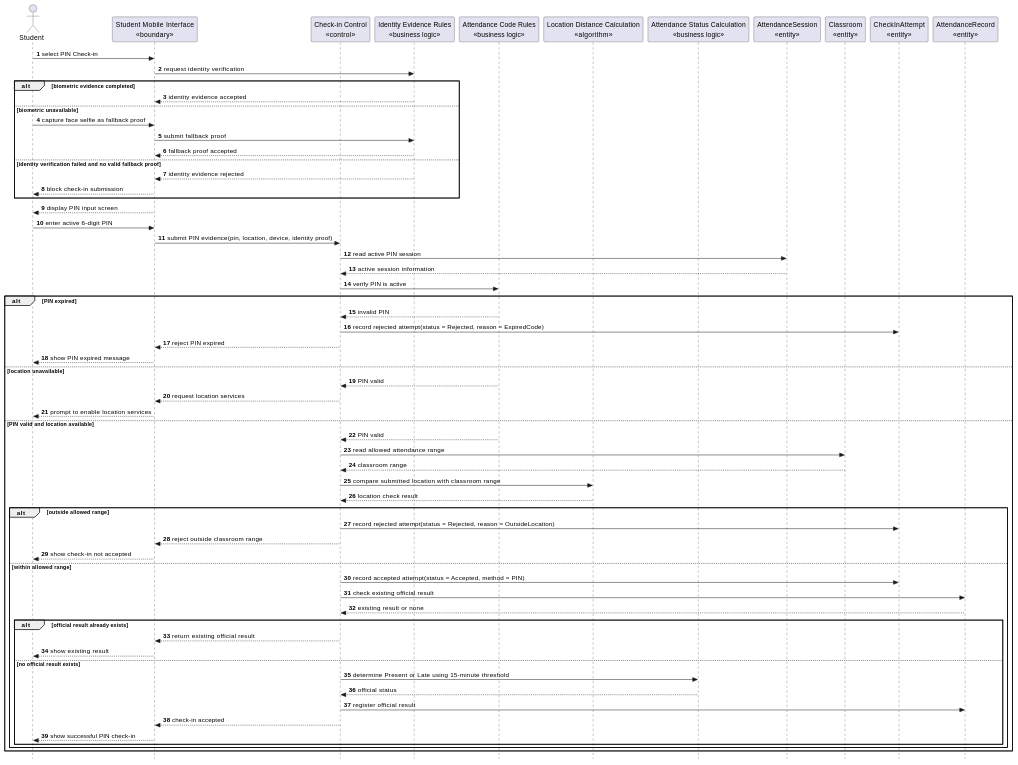
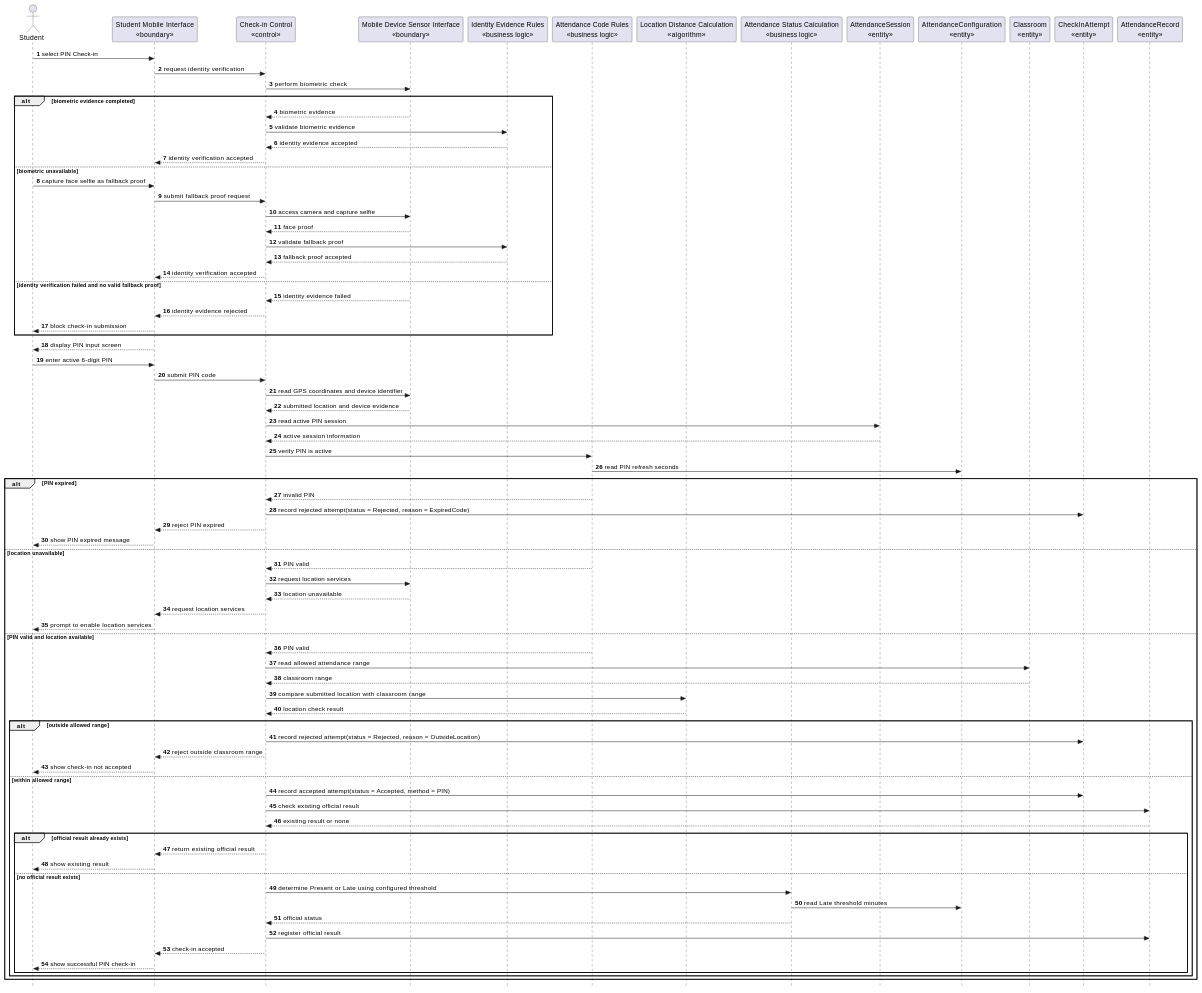
One commit to nttung42/SWD392 changed the tenth of 26 diagrams in docs/sds/2_Analysis.md. Above: the diagram before and after it, drawn with PlantUML. The commit also changed other lines of this file, not shown here.

Commit message:
tmp Contextual boundary class diagram

```diff
--- a/docs/sds/2_Analysis.md
+++ b/docs/sds/2_Analysis.md
@@ -486,35 +662,49 @@
 actor "Student" as Student
 participant "Student Mobile Interface\n«boundary»" as StudentUI
 participant "Check-in Control\n«control»" as CheckInControl
+participant "Mobile Device Sensor Interface\n«boundary»" as MobileSensor
 participant "Identity Evidence Rules\n«business logic»" as IdentityRules
 participant "Attendance Code Rules\n«business logic»" as CodeRules
 participant "Location Distance Calculation\n«algorithm»" as DistanceCalc
 participant "Attendance Status Calculation\n«business logic»" as StatusRules
 participant "AttendanceSession\n«entity»" as AttendanceSession
+participant "AttendanceConfiguration\n«entity»" as AttendanceConfig
 participant "Classroom\n«entity»" as Classroom
 participant "CheckInAttempt\n«entity»" as CheckInAttempt
 participant "AttendanceRecord\n«entity»" as AttendanceRecord
 
 Student -> StudentUI : select PIN Check-in
-StudentUI -> IdentityRules : request identity verification
+StudentUI -> CheckInControl : request identity verification
+CheckInControl -> MobileSensor : perform biometric check
 
 alt biometric evidence completed
-  IdentityRules --> StudentUI : identity evidence accepted
+  MobileSensor --> CheckInControl : biometric evidence
+  CheckInControl -> IdentityRules : validate biometric evidence
+  IdentityRules --> CheckInControl : identity evidence accepted
+  CheckInControl --> StudentUI : identity verification accepted
 else biometric unavailable
   Student -> StudentUI : capture face selfie as fallback proof
-  StudentUI -> IdentityRules : submit fallback proof
-  IdentityRules --> StudentUI : fallback proof accepted
+  StudentUI -> CheckInControl : submit fallback proof request
+  CheckInControl -> MobileSensor : access camera and capture selfie
+  MobileSensor --> CheckInControl : face proof
+  CheckInControl -> IdentityRules : validate fallback proof
+  IdentityRules --> CheckInControl : fallback proof accepted
+  CheckInControl --> StudentUI : identity verification accepted
 else identity verification failed and no valid fallback proof
-  IdentityRules --> StudentUI : identity evidence rejected
+  MobileSensor --> CheckInControl : identity evidence failed
+  CheckInControl --> StudentUI : identity evidence rejected
   StudentUI --> Student : block check-in submission
 end
 
 StudentUI --> Student : display PIN input screen
 Student -> StudentUI : enter active 6-digit PIN
-StudentUI -> CheckInControl : submit PIN evidence(pin, location, device, identity proof)
+StudentUI -> CheckInControl : submit PIN code
+CheckInControl -> MobileSensor : read GPS coordinates and device identifier
+MobileSensor --> CheckInControl : submitted location and device evidence
 CheckInControl -> AttendanceSession : read active PIN session
 AttendanceSession --> CheckInControl : active session information
 CheckInControl -> CodeRules : verify PIN is active
+CodeRules -> AttendanceConfig : read PIN refresh seconds
 
 alt PIN expired
   CodeRules --> CheckInControl : invalid PIN
@@ -523,6 +713,8 @@
   StudentUI --> Student : show PIN expired message
 else location unavailable
   CodeRules --> CheckInControl : PIN valid
+  CheckInControl -> MobileSensor : request location services
+  MobileSensor --> CheckInControl : location unavailable
   CheckInControl --> StudentUI : request location services
   StudentUI --> Student : prompt to enable location services
 else PIN valid and location available
@@ -544,7 +736,8 @@
       CheckInControl --> StudentUI : return existing official result
       StudentUI --> Student : show existing result
     else no official result exists
-      CheckInControl -> StatusRules : determine Present or Late using 15-minute threshold
+      CheckInControl -> StatusRules : determine Present or Late using configured threshold
+      StatusRules -> AttendanceConfig : read Late threshold minutes
       StatusRules --> CheckInControl : official status
       CheckInControl -> AttendanceRecord : register official result
       CheckInControl --> StudentUI : check-in accepted
```
